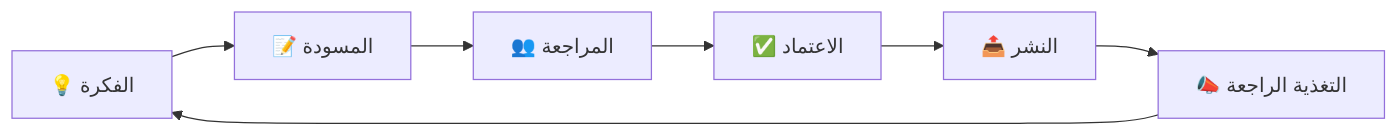
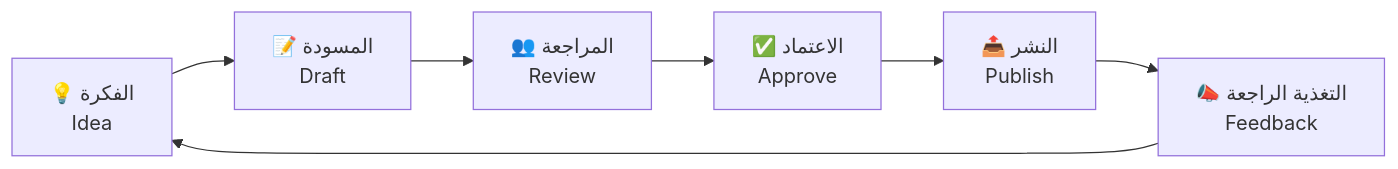
Before and after one commit to Ash69g/Documentation-Study: the second of 2 diagrams in README.md, drawn with Mermaid. The commit also changed other lines of this file and 15 other files, not shown here.

````diff
--- a/README.md
+++ b/README.md
@@ -99,9 +142,15 @@
 ```mermaid
 flowchart LR
-  Ideas["💡 الفكرة"] --> Draft["📝 المسودة"]
-  Draft --> Review["👥 المراجعة"]
-  Review --> Approve["✅ الاعتماد"]
-  Approve --> Publish["📤 النشر"]
-  Publish --> Feedback["📣 التغذية الراجعة"]
+  Ideas["💡 الفكرة
+Idea"] --> Draft["📝 المسودة
+Draft"]
+  Draft --> Review["👥 المراجعة
+Review"]
+  Review --> Approve["✅ الاعتماد
+Approve"]
+  Approve --> Publish["📤 النشر
+Publish"]
+  Publish --> Feedback["📣 التغذية الراجعة
+Feedback"]
   Feedback --> Ideas
 ```
````
